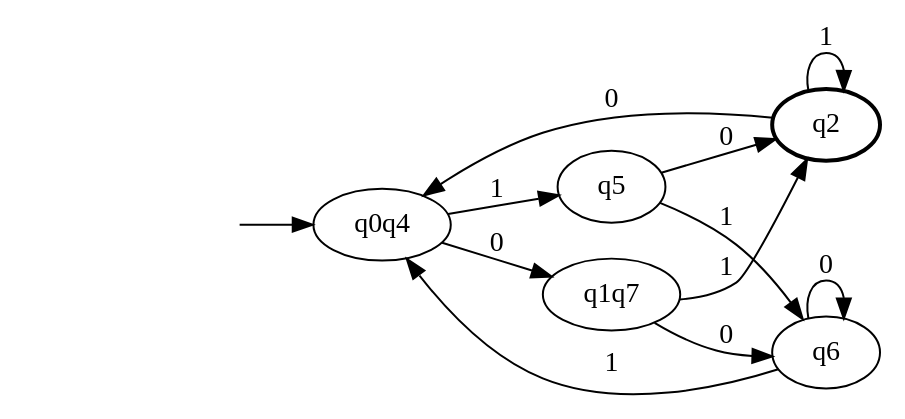
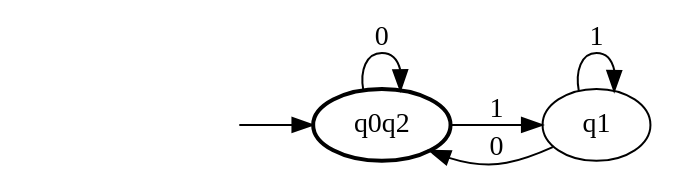
The diagram in practica2/Respuesta.dot (NPerez1/AUTLEN), drawn with Graphviz before and after one commit. The commit also changed 7 other files, not shown here.

```diff
--- a/practica2/Respuesta.dot
+++ b/practica2/Respuesta.dot
@@ -1,19 +1,10 @@
 digraph Respuesta  { rankdir=LR;
 	_invisible [style="invis"];
-	q0q4;
-	q1q7;
-	q5;
-	q6;
-	q2 [penwidth="2"];
-	_invisible -> q0q4 ;
-	q0q4 -> q1q7 [label="0"];
-	q0q4 -> q5 [label="1"];
-	q1q7 -> q6 [label="0"];
-	q1q7 -> q2 [label="1"];
-	q5 -> q2 [label="0"];
-	q5 -> q6 [label="1"];
-	q6 -> q6 [label="0"];
-	q6 -> q0q4 [label="1"];
-	q2 -> q0q4 [label="0"];
-	q2 -> q2 [label="1"];
+	q0q2 [penwidth="2"];
+	q1;
+	_invisible -> q0q2 ;
+	q0q2 -> q0q2 [label="0"];
+	q0q2 -> q1 [label="1"];
+	q1 -> q0q2 [label="0"];
+	q1 -> q1 [label="1"];
 }
```
